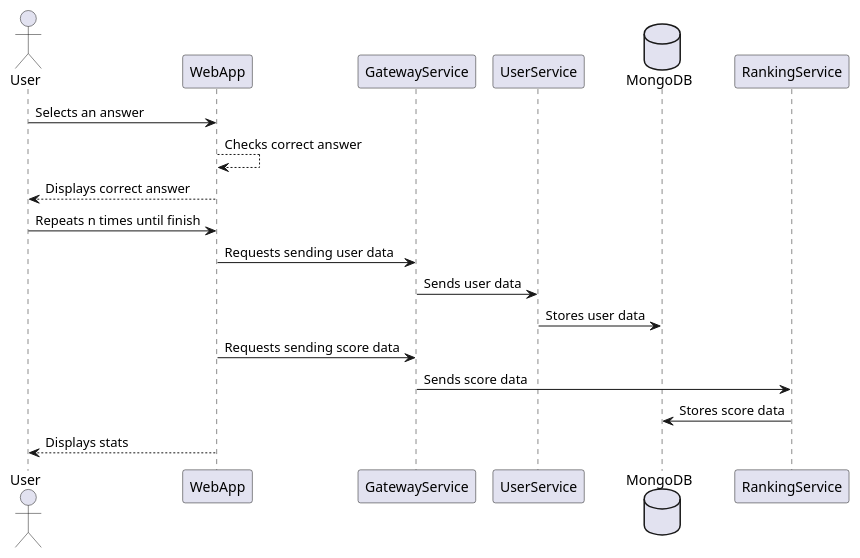
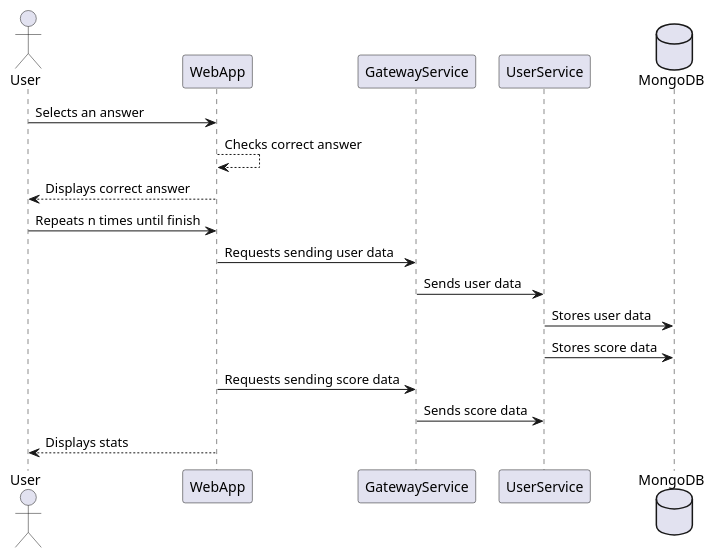
The fourth of 5 diagrams in docs/src/06_runtime_view.adoc (Arquisoft/wichat_es4c), drawn with PlantUML before and after one commit. The commit also changed other lines of this file, not shown here.

```diff
--- a/docs/src/06_runtime_view.adoc
+++ b/docs/src/06_runtime_view.adoc
@@ -123,26 +123,26 @@
 [plantuml, Clue Generation Diagram, png]
 ----
 
 @startuml
 
 actor User
 participant WebApp
 participant GatewayService
 participant UserService
 database MongoDB
 
 User -> WebApp: Selects an answer
 WebApp --> WebApp: Checks correct answer
 WebApp --> User: Displays correct answer
 User -> WebApp: Repeats n times until finish
 WebApp -> GatewayService: Requests sending user data
 GatewayService -> UserService: Sends user data
 UserService -> MongoDB: Stores user data
+UserService -> MongoDB: Stores score data
 WebApp -> GatewayService: Requests sending score data
-GatewayService -> RankingService: Sends score data
-RankingService -> MongoDB: Stores score data
+GatewayService -> UserService: Sends score data
 WebApp --> User: Displays stats
 
 @enduml
 
 ----
```
